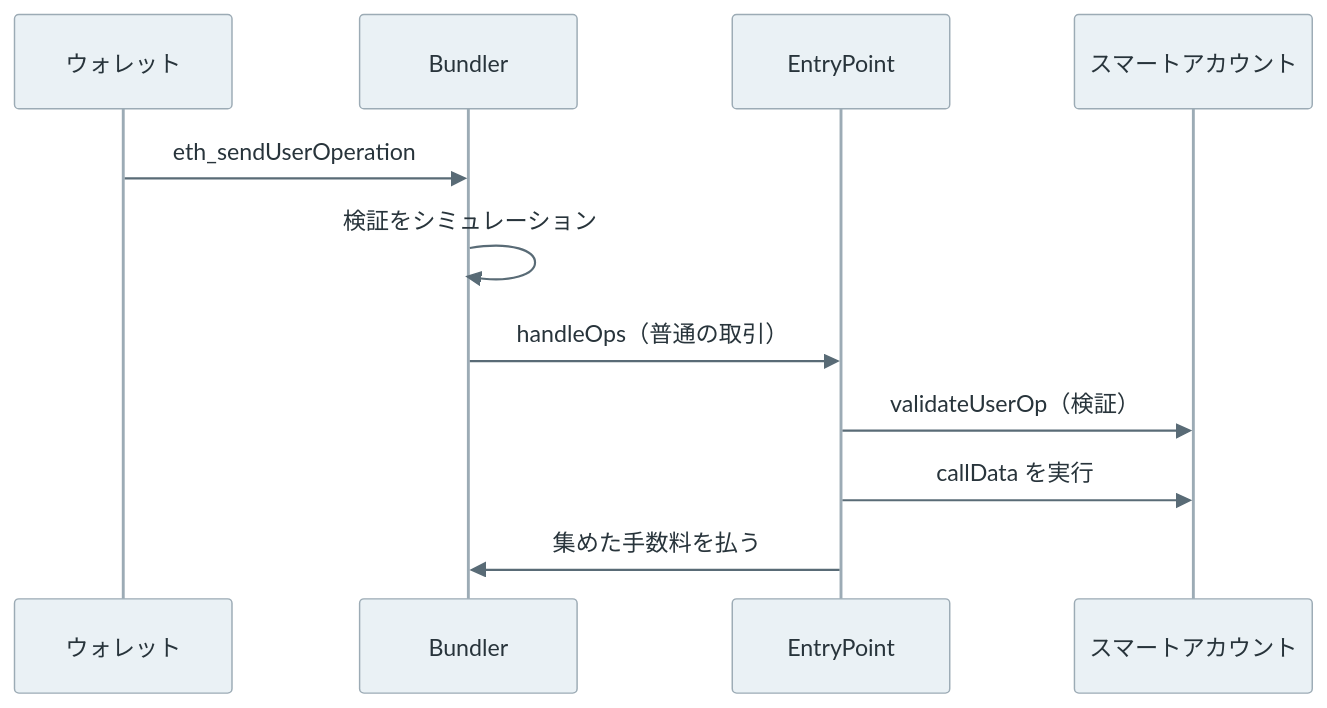
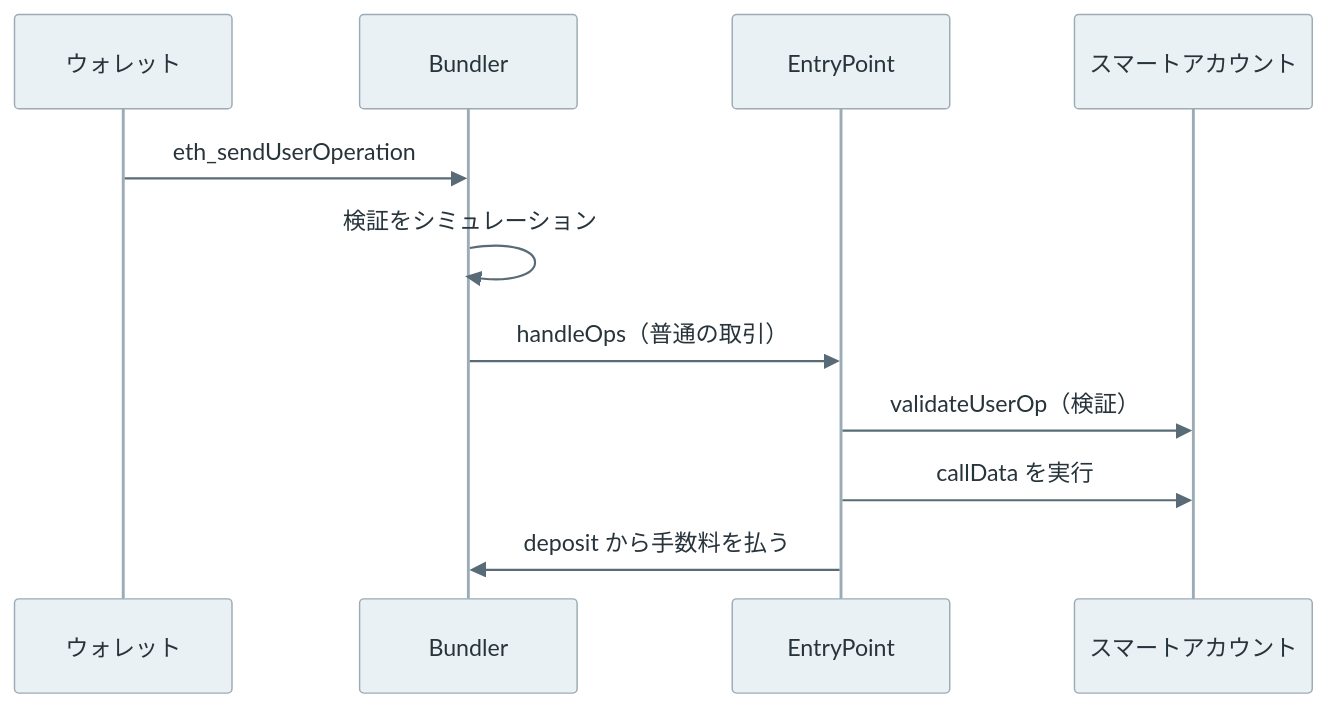
One commit to nao1215/debimate changed the diagram in content/notes/blockchain-systems/erc-4337/index.md. Above: the diagram before and after it, drawn with Mermaid. The commit also changed other lines of this file and 425 other files, not shown here.

````diff
--- a/content/notes/blockchain-systems/erc-4337/index.md
+++ b/content/notes/blockchain-systems/erc-4337/index.md
@@ -73,14 +81,14 @@
 ```mermaid
 %%{init: {"theme":"base","themeVariables":{"primaryColor":"#eaf1f5","primaryTextColor":"#28343b","primaryBorderColor":"#9cabb5","lineColor":"#596b76","textColor":"#28343b","actorBkg":"#eaf1f5","actorBorder":"#9cabb5","actorTextColor":"#28343b","actorLineColor":"#9cabb5","signalColor":"#596b76","signalTextColor":"#28343b","noteBkgColor":"#f7f1e5","noteBorderColor":"#c5b99b","noteTextColor":"#403c32","activationBkgColor":"#edf3ef","activationBorderColor":"#9aafa1"}}}%%
 sequenceDiagram
     participant W as ウォレット
     participant B as Bundler
     participant E as EntryPoint
     participant A as スマートアカウント
     W->>B: eth_sendUserOperation
     B->>B: 検証をシミュレーション
     B->>E: handleOps（普通の取引）
     E->>A: validateUserOp（検証）
     E->>A: callData を実行
-    E->>B: 集めた手数料を払う
+    E->>B: deposit から手数料を払う
 ```
````
